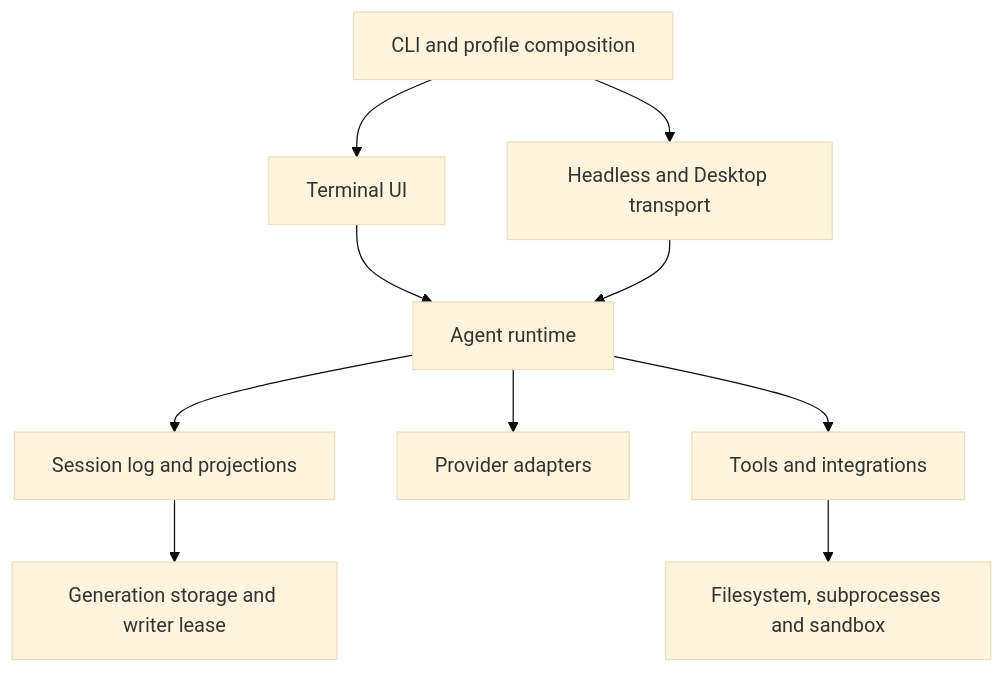
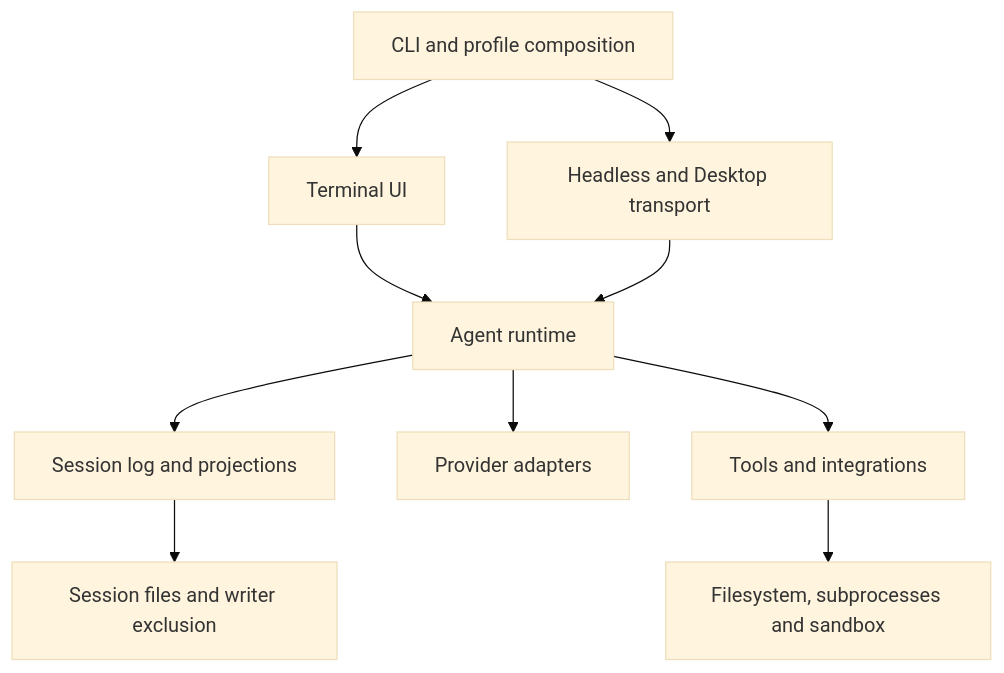
Before and after one commit to Justar96/bake: the diagram in docs/roadmap/rust-0.4/README.md, drawn with Mermaid (base theme). The commit also changed other lines of this file and 285 other files, not shown here.

````diff
--- a/docs/roadmap/rust-0.4/README.md
+++ b/docs/roadmap/rust-0.4/README.md
@@ -58,12 +58,12 @@
 ```mermaid
 flowchart TD
     CLI[CLI and profile composition] --> TUI[Terminal UI]
     CLI --> HEAD[Headless and Desktop transport]
     TUI --> RT[Agent runtime]
     HEAD --> RT
     RT --> SESSION[Session log and projections]
     RT --> LLM[Provider adapters]
     RT --> TOOLS[Tools and integrations]
     TOOLS --> HOST[Filesystem, subprocesses and sandbox]
-    SESSION --> STORAGE[Generation storage and writer lease]
+    SESSION --> STORAGE[Session files and writer exclusion]
 ```
````
